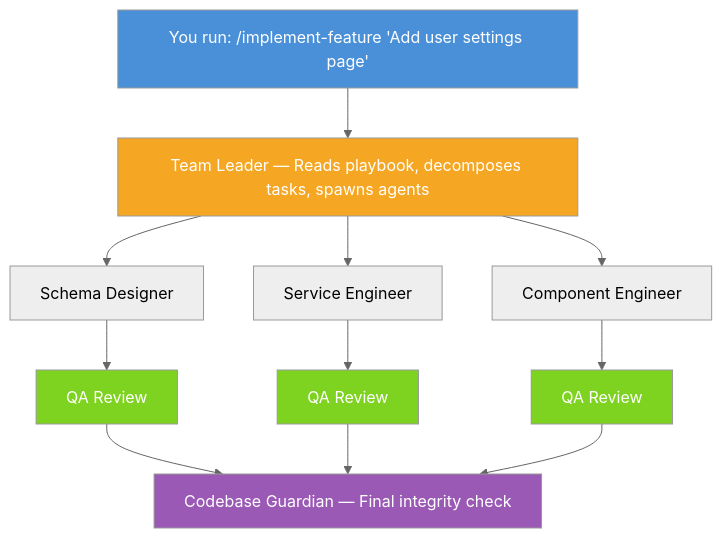
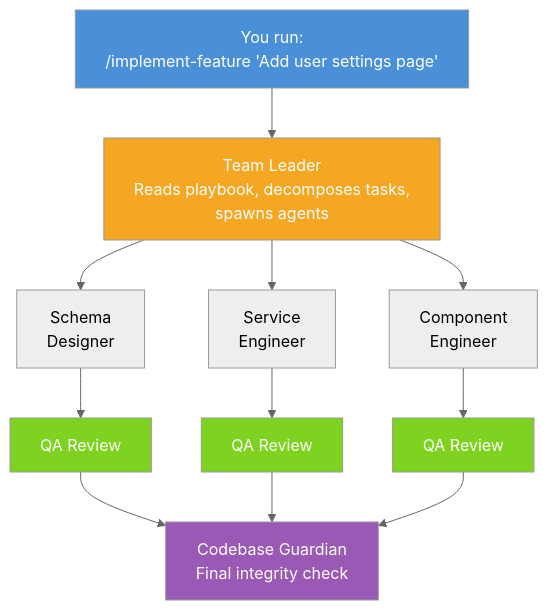
One commit to ParkerM2/create-claude-workflow changed the first of 3 diagrams in README.md. Above: the diagram before and after it, drawn with Mermaid (neutral theme). The commit also changed other lines of this file, not shown here.

First line of the commit message:
fix: add line breaks to mermaid node labels for text wrapping

````diff
--- a/README.md
+++ b/README.md
@@ -15,21 +15,21 @@
 ```mermaid
 %%{init: {'flowchart': {'useMaxWidth': false, 'wrappingWidth': 400}}}%%
 flowchart TD
-    A["You run: /implement-feature 'Add user settings page'"] --> B["Team Leader — Reads playbook, decomposes tasks, spawns agents"]
-    B --> C["Schema Designer"]
-    B --> D["Service Engineer"]
-    B --> E["Component Engineer"]
+    A["You run:<br>/implement-feature 'Add user settings page'"] --> B["Team Leader<br>Reads playbook, decomposes tasks,<br>spawns agents"]
+    B --> C["Schema<br>Designer"]
+    B --> D["Service<br>Engineer"]
+    B --> E["Component<br>Engineer"]
     C --> F["QA Review"]
     D --> G["QA Review"]
     E --> H["QA Review"]
-    F --> I["Codebase Guardian — Final integrity check"]
+    F --> I["Codebase Guardian<br>Final integrity check"]
     G --> I
     H --> I
 
     style A fill:#4a90d9,color:#fff
     style B fill:#f5a623,color:#fff
     style F fill:#7ed321,color:#fff
     style G fill:#7ed321,color:#fff
     style H fill:#7ed321,color:#fff
     style I fill:#9b59b6,color:#fff
 ```
````
